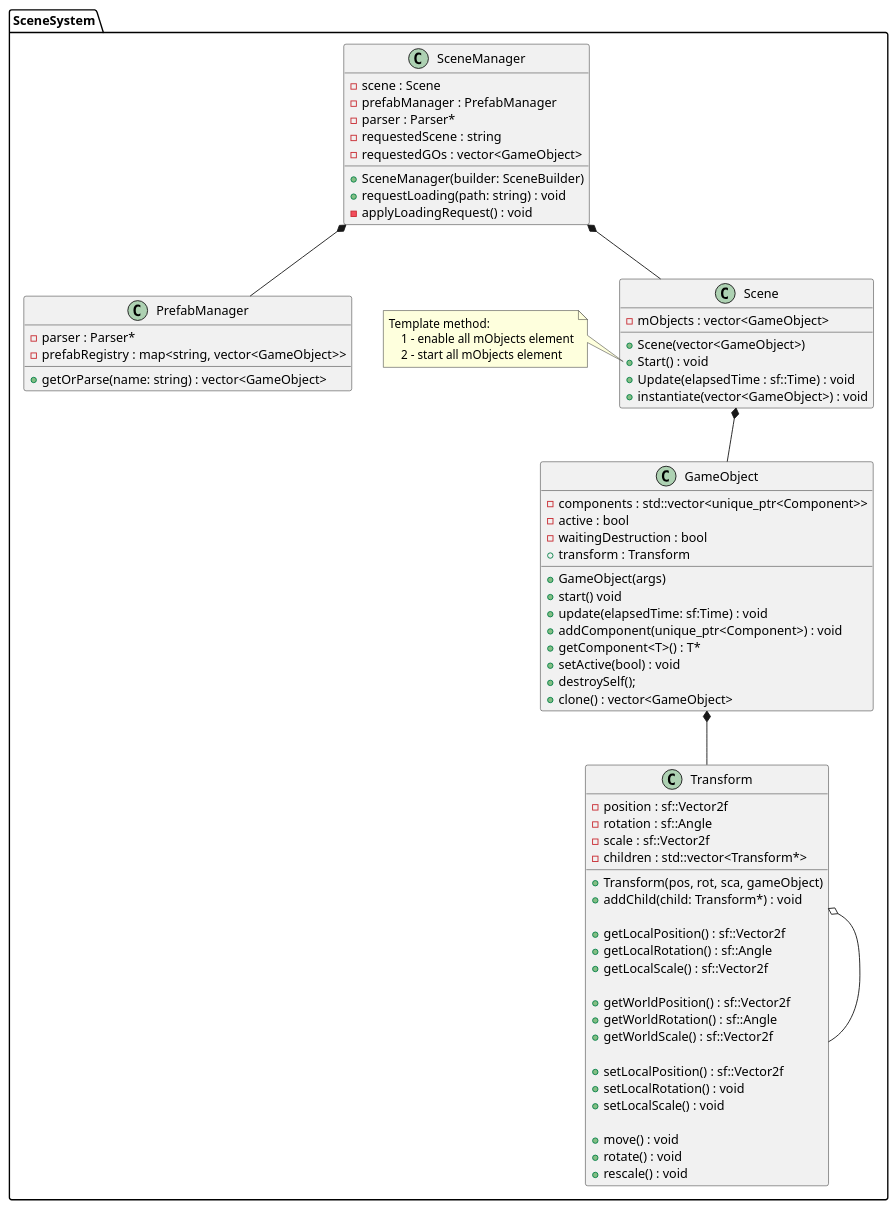
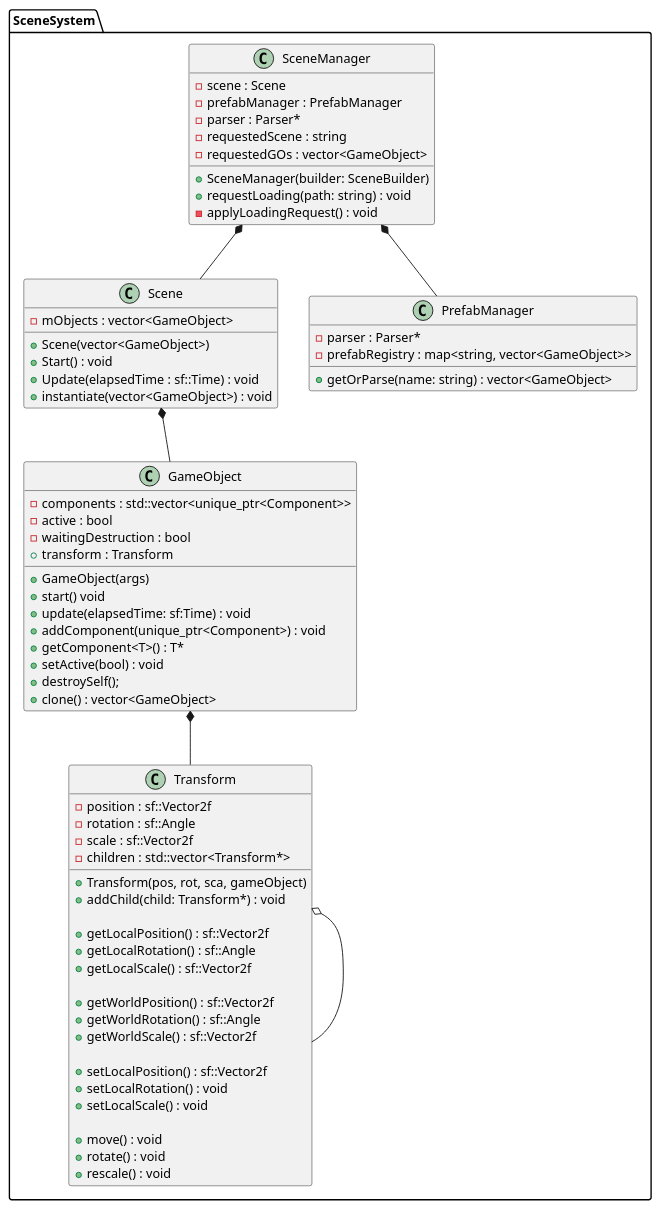
One commit to AntoFruch/PatternFactory changed the diagram in doc/uml/sceneSystem.puml. Above: the diagram before and after it, drawn with PlantUML. The commit also changed 1 other file, not shown here.

Commit message:
drop template method (useless in project)

```diff
--- a/doc/uml/sceneSystem.puml
+++ b/doc/uml/sceneSystem.puml
@@ -1,89 +1,83 @@
 @startuml sceneSystem
 
 namespace SceneSystem {
 
     class Scene{
         - mObjects : vector<GameObject>
 
         + Scene(vector<GameObject>)
         + Start() : void
         + Update(elapsedTime : sf::Time) : void
         + instantiate(vector<GameObject>) : void
     }
 
     class SceneManager {
         - scene : Scene
         - prefabManager : PrefabManager
         - parser : Parser*
         - requestedScene : string
         - requestedGOs : vector<GameObject>
 
         + SceneManager(builder: SceneBuilder)
         + requestLoading(path: string) : void
         - applyLoadingRequest() : void
     }
-
-    note left of Scene::Start
-        Template method:
-            1 - enable all mObjects element
-            2 - start all mObjects element
-    endnote
 
     class GameObject{
         - components : std::vector<unique_ptr<Component>>
         - active : bool
         - waitingDestruction : bool
         + transform : Transform
 
         + GameObject(args)
         + start() void
         + update(elapsedTime: sf:Time) : void
         + addComponent(unique_ptr<Component>) : void
         + getComponent<T>() : T*
         + setActive(bool) : void
         + destroySelf();
         + clone() : vector<GameObject>
     }
 
     class Transform {
         - position : sf::Vector2f
         - rotation : sf::Angle
         - scale : sf::Vector2f
         - children : std::vector<Transform*>
 
         + Transform(pos, rot, sca, gameObject)
         + addChild(child: Transform*) : void
 
         + getLocalPosition() : sf::Vector2f
         + getLocalRotation() : sf::Angle
         + getLocalScale() : sf::Vector2f
 
         + getWorldPosition() : sf::Vector2f
         + getWorldRotation() : sf::Angle
         + getWorldScale() : sf::Vector2f
 
         + setLocalPosition() : sf::Vector2f
         + setLocalRotation() : void
         + setLocalScale() : void
 
         + move() : void
         + rotate() : void
         + rescale() : void
     }
 
     class PrefabManager {
         - parser : Parser*
         - prefabRegistry : map<string, vector<GameObject>>
         + getOrParse(name: string) : vector<GameObject>
     }
 
     SceneManager *-- Scene
     SceneManager *-- PrefabManager
 
     GameObject *-- Transform
     Transform o-- Transform
 
     Scene *-- GameObject
 }
 
 @enduml
```
